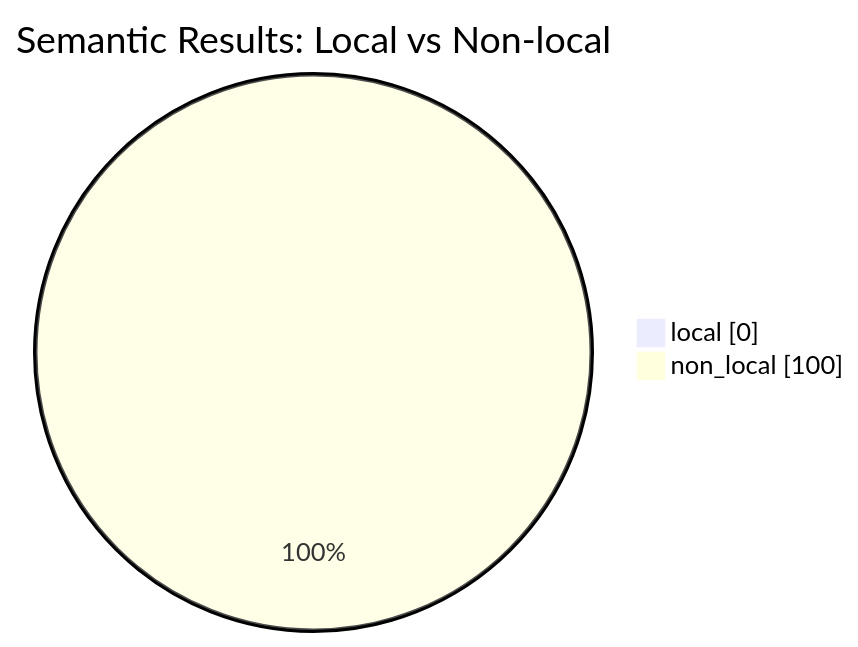
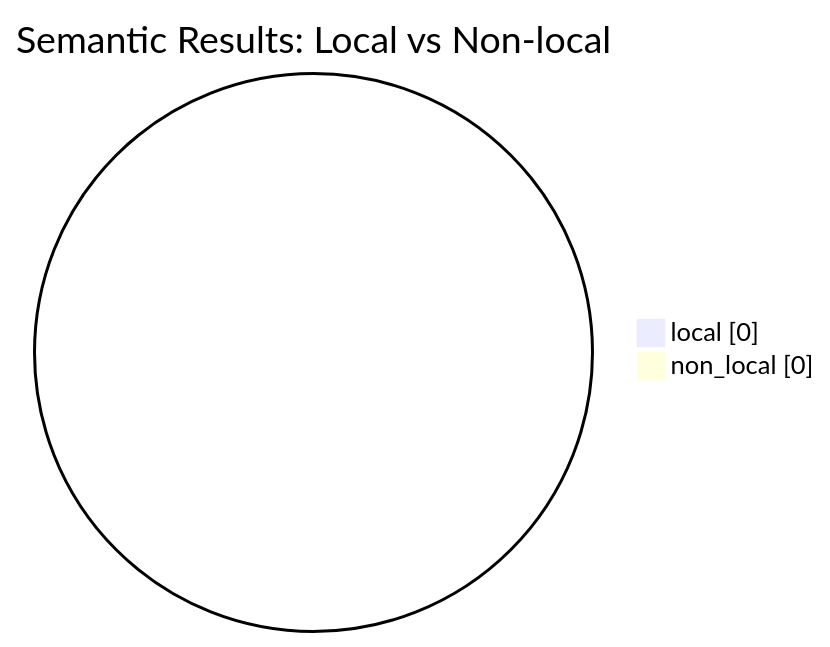
Before and after one commit to scl2bp/refactor_cli: the seventh of 7 diagrams in .refactor/analysis/candidates/report.md, drawn with Mermaid. The commit also changed other lines of this file, not shown here.

````diff
--- a/.refactor/analysis/candidates/report.md
+++ b/.refactor/analysis/candidates/report.md
@@ -303,6 +382,6 @@
 ```mermaid
 pie showData
   title Semantic Results: Local vs Non-local
   "local" : 0
-  "non_local" : 100
+  "non_local" : 0
 ```
````
